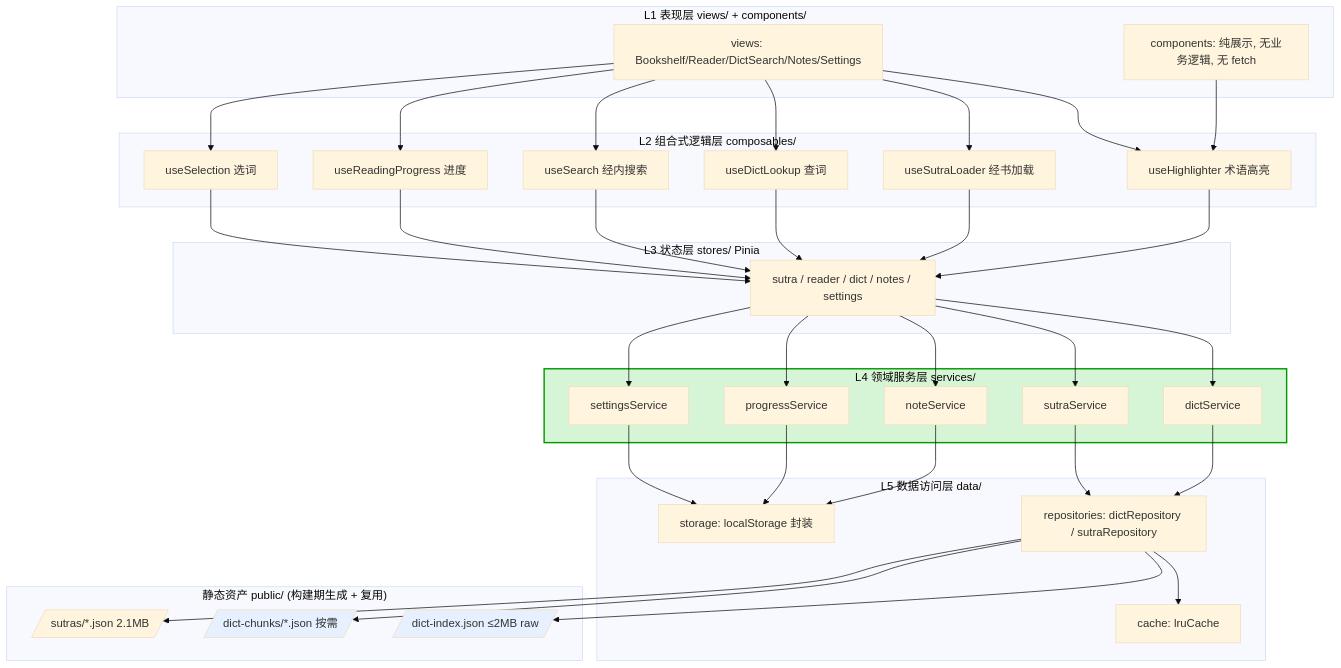
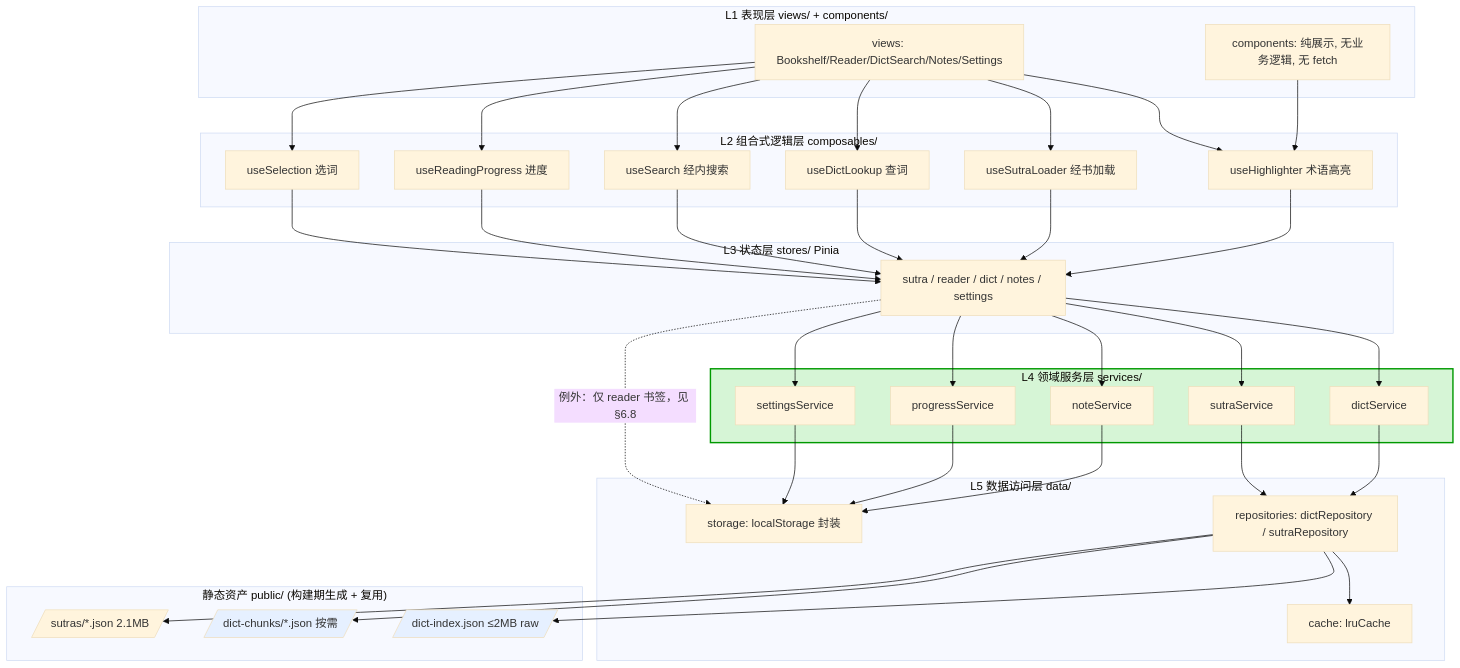
One commit to duckytan/buddhist-reader changed the first of 5 diagrams in docs/plans/2026-09-29-v4.0-development-plan.md. Above: the diagram before and after it, drawn with Mermaid (base theme). The commit also changed other lines of this file, not shown here.

````diff
--- a/docs/plans/2026-09-29-v4.0-development-plan.md
+++ b/docs/plans/2026-09-29-v4.0-development-plan.md
@@ -145,48 +157,49 @@
 ```mermaid
 graph TD
     subgraph L1["L1 表现层 views/ + components/"]
       V[views: Bookshelf/Reader/DictSearch/Notes/Settings]
       C[components: 纯展示, 无业务逻辑, 无 fetch]
     end
     subgraph L2["L2 组合式逻辑层 composables/"]
       H[useHighlighter 术语高亮]
       SL[useSutraLoader 经书加载]
       DL[useDictLookup 查词]
       SE[useSearch 经内搜索]
       PR[useReadingProgress 进度]
       SEL[useSelection 选词]
     end
     subgraph L3["L3 状态层 stores/ Pinia"]
       ST[sutra / reader / dict / notes / settings]
     end
     subgraph L4["L4 领域服务层 services/"]
       DS[dictService]
       SS[sutraService]
       NS[noteService]
       PS[progressService]
       STS[settingsService]
     end
     subgraph L5["L5 数据访问层 data/"]
       REPO[repositories: dictRepository / sutraRepository]
       CACHE[cache: lruCache]
       STORE[storage: localStorage 封装]
     end
     subgraph ASSET["静态资产 public/ (构建期生成 + 复用)"]
       IDX[/dict-index.json ≤2MB raw/]
       CHUNK[/dict-chunks/*.json 按需/]
       SUTRA[/sutras/*.json 2.1MB/]
     end
     V --> H & SL & DL & SE & PR & SEL
     C --> H
     H --> ST
     SL & DL & SE & PR & SEL --> ST
     ST --> DS & SS & NS & PS & STS
     DS --> REPO
     SS --> REPO
     REPO --> CACHE
     REPO --> IDX & CHUNK & SUTRA
     NS & PS & STS --> STORE
+    ST -.->|例外：仅 reader 书签，见 §6.8| STORE
     style L4 fill:#d6f5d6,stroke:#090,stroke-width:2px
     style IDX fill:#e6f0ff
     style CHUNK fill:#e6f0ff
 ```
````
